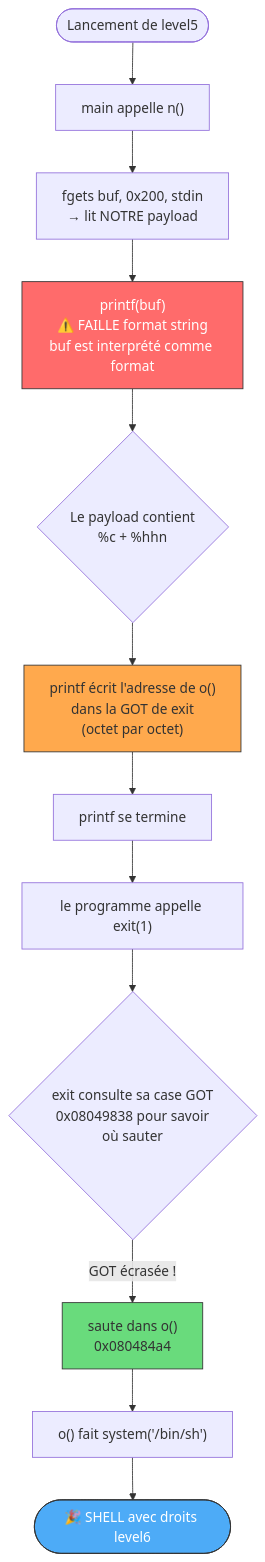
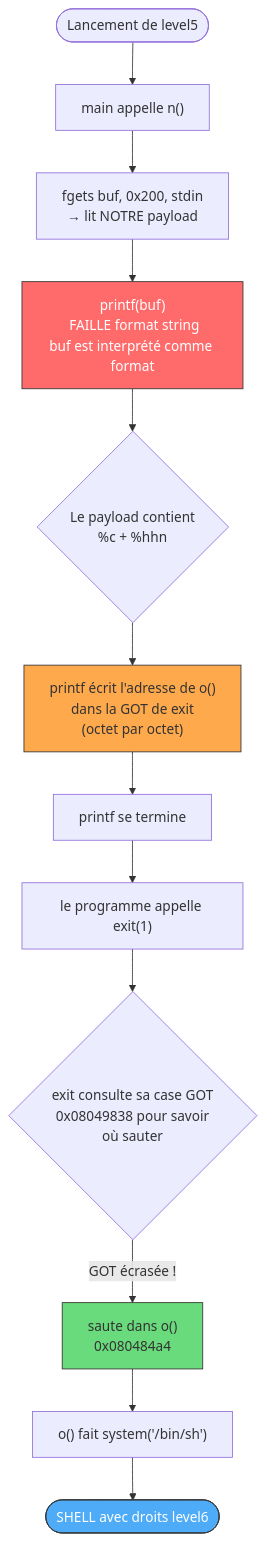
The first of 2 diagrams in level5/walkthrough.md (ft-Monolith/Rainfall), drawn with Mermaid before and after one commit. The commit also changed other lines of this file and 7 other files, not shown here.

````diff
--- a/level5/walkthrough.md
+++ b/level5/walkthrough.md
@@ -173,19 +173,19 @@
 ```mermaid
 flowchart TD
     A([Lancement de level5]) --> B["main appelle n()"]
     B --> C["fgets buf, 0x200, stdin<br/>→ lit NOTRE payload"]
-    C --> D["printf(buf)<br/>⚠️ FAILLE format string<br/>buf est interprété comme format"]
+    C --> D["printf(buf)<br/>️ FAILLE format string<br/>buf est interprété comme format"]
     D --> E{"Le payload contient<br/>%c + %hhn"}
     E --> F["printf écrit l'adresse de o()<br/>dans la GOT de exit<br/>(octet par octet)"]
     F --> G["printf se termine"]
     G --> H["le programme appelle exit(1)"]
     H --> I{"exit consulte sa case GOT<br/>0x08049838 pour savoir<br/>où sauter"}
     I -->|"GOT écrasée !"| J["saute dans o()<br/>0x080484a4"]
     J --> K["o() fait system('/bin/sh')"]
-    K --> L([🎉 SHELL avec droits level6])
+    K --> L([ SHELL avec droits level6])
 
     style D fill:#ff6b6b,stroke:#333,color:#fff
     style F fill:#ffa94d,stroke:#333
     style J fill:#69db7c,stroke:#333
     style L fill:#4dabf7,stroke:#333,color:#fff
 ```
````
